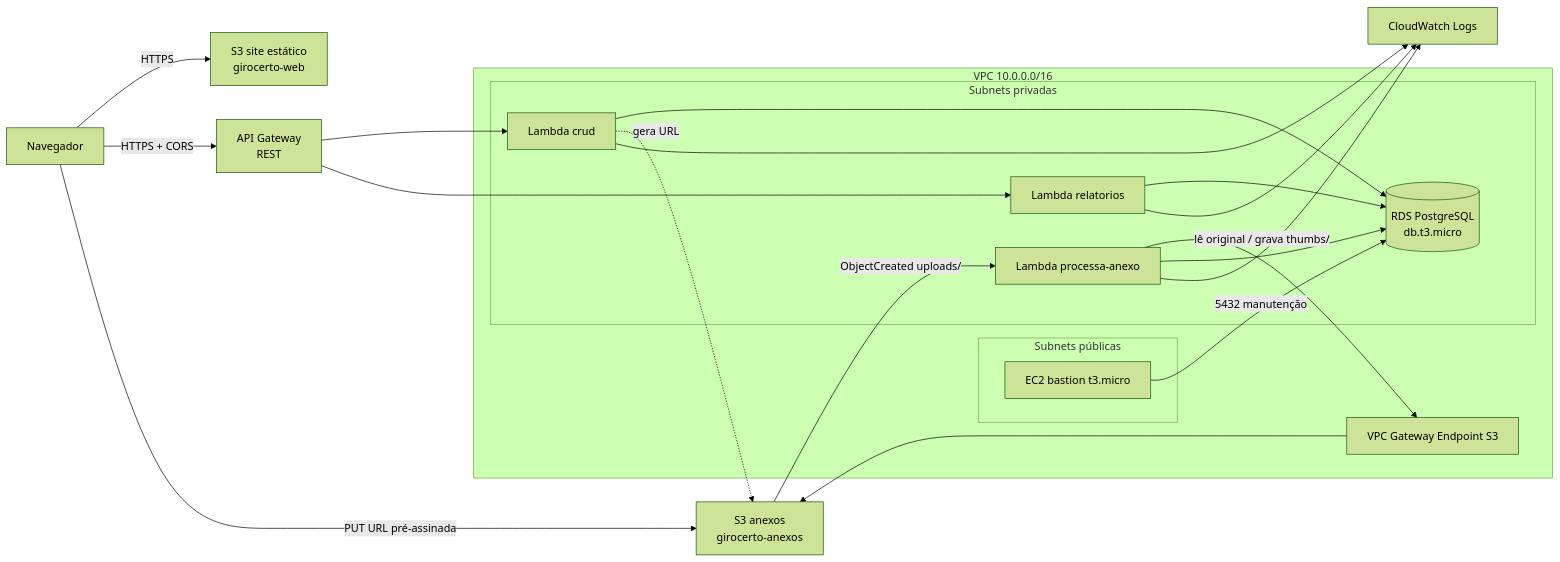
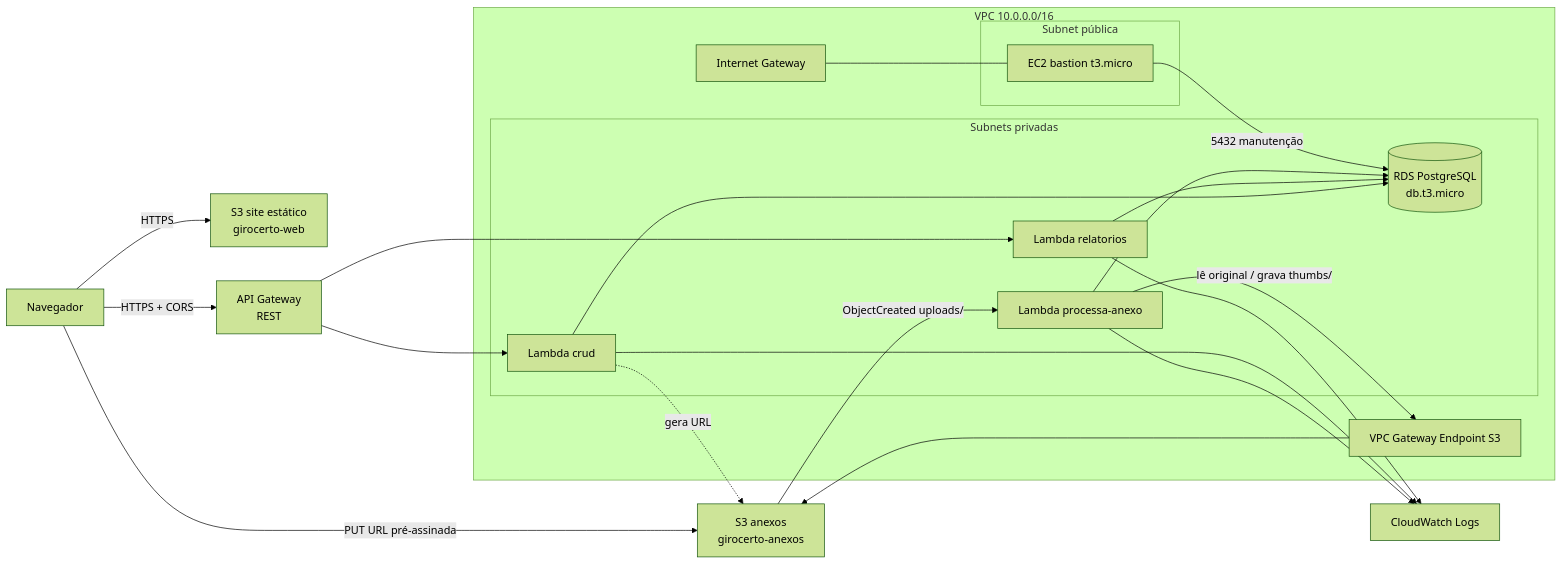
The first of 2 diagrams in specs/design.md (samuelpattomack/GiroCerto), drawn with Mermaid (forest theme) before and after one commit. The commit also changed other lines of this file and 17 other files, not shown here.

First line of the commit message:
Entrega 3: schema SQL, Lambda do CRUD e infraestrutura

````diff
--- a/specs/design.md
+++ b/specs/design.md
@@ -5,33 +5,35 @@
 ```mermaid
 flowchart LR
     U[Navegador] -->|HTTPS| S3W[S3 site estático<br/>girocerto-web]
     U -->|HTTPS + CORS| APIGW[API Gateway<br/>REST]
     U -->|PUT URL pré-assinada| S3A[S3 anexos<br/>girocerto-anexos]
 
     subgraph VPC [VPC 10.0.0.0/16]
-        subgraph PUB [Subnets públicas]
+        IGW[Internet Gateway]
+        subgraph PUB [Subnet pública]
             BAS[EC2 bastion t3.micro]
         end
         subgraph PRIV [Subnets privadas]
             LCRUD[Lambda crud]
             LREL[Lambda relatorios]
             LPROC[Lambda processa-anexo]
             RDS[(RDS PostgreSQL<br/>db.t3.micro)]
         end
         VPCE[VPC Gateway Endpoint S3]
     end
 
     APIGW --> LCRUD
     APIGW --> LREL
     LCRUD --> RDS
     LREL --> RDS
     LCRUD -.gera URL.-> S3A
     S3A -->|ObjectCreated uploads/| LPROC
     LPROC -->|lê original / grava thumbs/| VPCE
     VPCE --> S3A
     LPROC --> RDS
     BAS -->|5432 manutenção| RDS
+    IGW --- BAS
     LPROC --> CW[CloudWatch Logs]
     LCRUD --> CW
     LREL --> CW
 ```
````
